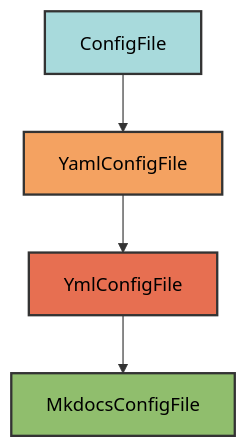
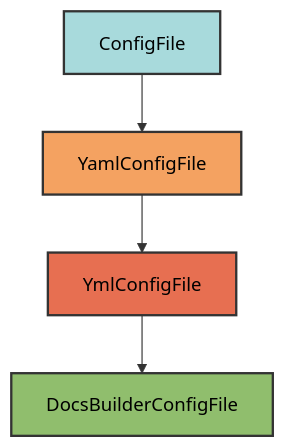
The diagram in docs/configs/mkdocs.md (Winipedia/pyrig), drawn with Mermaid before and after one commit. The commit also changed other lines of this file and 23 other files, not shown here.

````diff
--- a/docs/configs/mkdocs.md
+++ b/docs/configs/mkdocs.md
@@ -18,11 +18,11 @@
 ```mermaid
 graph TD
     A[ConfigFile] --> B[YamlConfigFile]
     B --> C[YmlConfigFile]
-    C --> D[MkdocsConfigFile]
+    C --> D[DocsBuilderConfigFile]
 
     style A fill:#a8dadc,stroke:#333,stroke-width:2px,color:#000
     style B fill:#f4a261,stroke:#333,stroke-width:2px,color:#000
     style C fill:#e76f51,stroke:#333,stroke-width:2px,color:#000
     style D fill:#90be6d,stroke:#333,stroke-width:2px,color:#000
 ```
````
